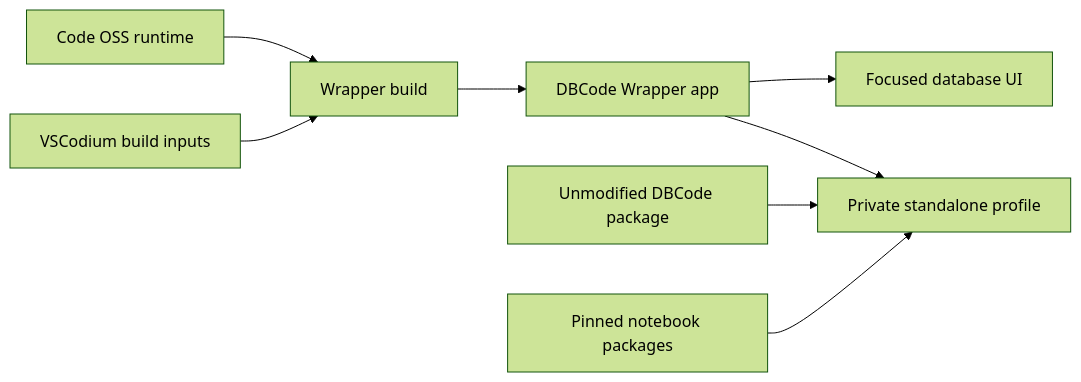
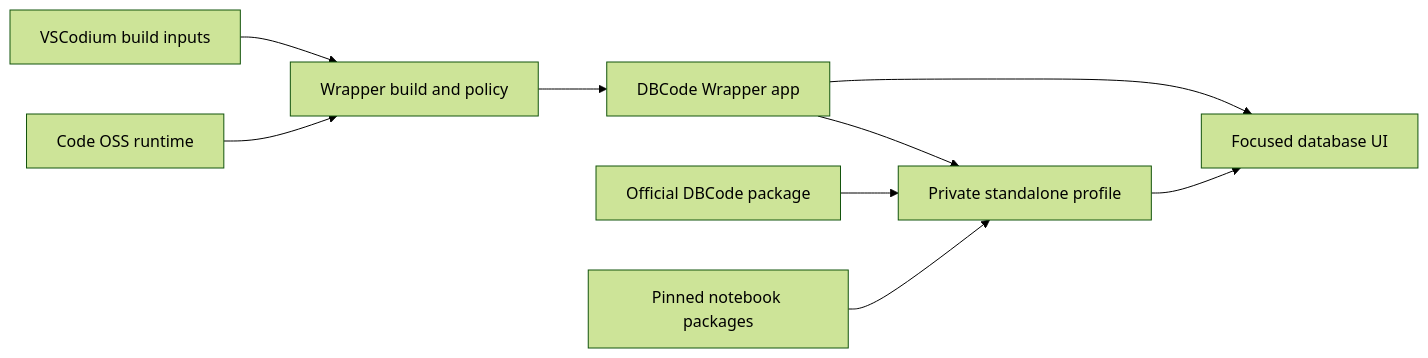
Before and after one commit to alexwck/dbcode-wrapper: the diagram in wiki/architecture/product-and-upstream-boundaries.md, drawn with Mermaid (forest theme). The commit also changed other lines of this file and 29 other files, not shown here.

````diff
--- a/wiki/architecture/product-and-upstream-boundaries.md
+++ b/wiki/architecture/product-and-upstream-boundaries.md
@@ -21,10 +21,11 @@
 ```mermaid
 flowchart LR
-  V[VSCodium build inputs] --> B[Wrapper build]
-  C[Code OSS runtime] --> B
-  B --> A[DBCode Wrapper app]
+  V[VSCodium build inputs] --> W[Wrapper build and policy]
+  C[Code OSS runtime] --> W
+  W --> A[DBCode Wrapper app]
   A --> P[Private standalone profile]
-  D[Unmodified DBCode package] --> P
+  D[Official DBCode package] --> P
   N[Pinned notebook packages] --> P
   A --> U[Focused database UI]
+  P --> U
 ```
````
